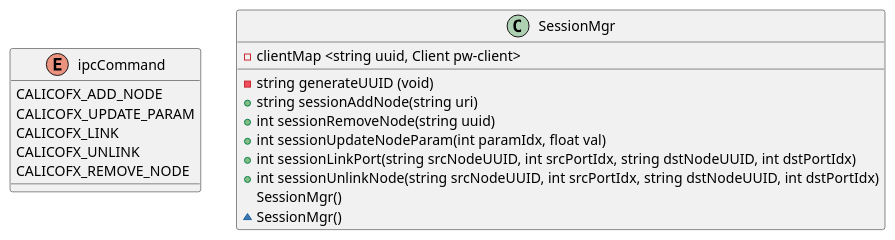
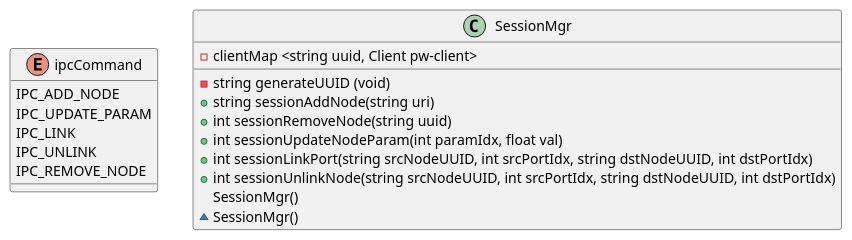
The fourth of 15 diagrams in doc/design.org (abhimanyu-g/calicofx-core), drawn with PlantUML before and after one commit. The commit also changed other lines of this file, not shown here.

Commit message:
[doc] Updating documentation
- Updating IPC command names to represent 'IPC commands'
- Updated pluginInit function to specify plugin specific unique
 identifier
- Update LivNode variables to be pointers

```diff
--- a/doc/design.org
+++ b/doc/design.org
@@ -82,22 +82,22 @@
 #+begin_src plantuml :file /tmp/calicofx-session-mgr-class-dig.png
   @startuml
   enum ipcCommand{
-        CALICOFX_ADD_NODE
-        CALICOFX_UPDATE_PARAM
-        CALICOFX_LINK
-        CALICOFX_UNLINK
-        CALICOFX_REMOVE_NODE
+        IPC_ADD_NODE
+        IPC_UPDATE_PARAM
+        IPC_LINK
+        IPC_UNLINK
+        IPC_REMOVE_NODE
   }
   class SessionMgr{
         -clientMap <string uuid, Client pw-client>
         -string generateUUID (void)
         +string sessionAddNode(string uri)
         +int sessionRemoveNode(string uuid)
         +int sessionUpdateNodeParam(int paramIdx, float val)
         +int sessionLinkPort(string srcNodeUUID, int srcPortIdx, string dstNodeUUID, int dstPortIdx)
         +int sessionUnlinkNode(string srcNodeUUID, int srcPortIdx, string dstNodeUUID, int dstPortIdx)
         SessionMgr()
         ~SessionMgr()
   }
   @enduml
 #+end_src
```
